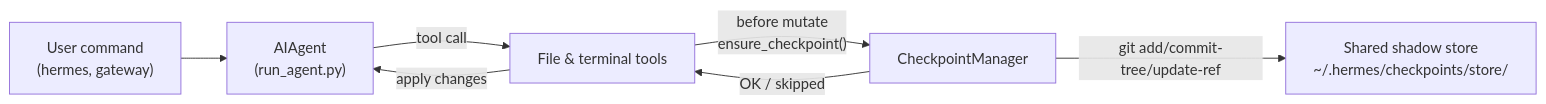
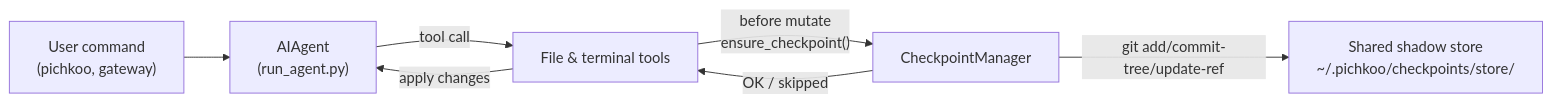
The diagram in website/docs/user-guide/checkpoints-and-rollback.md (piyushh62/Pichkoo-Ai-Agent), drawn with Mermaid before and after one commit. The commit also changed other lines of this file and 3107 other files, not shown here.

````diff
--- a/website/docs/user-guide/checkpoints-and-rollback.md
+++ b/website/docs/user-guide/checkpoints-and-rollback.md
@@ -69,15 +69,15 @@
 ```mermaid
 flowchart LR
-  user["User command\n(hermes, gateway)"]
+  user["User command\n(pichkoo, gateway)"]
   agent["AIAgent\n(run_agent.py)"]
   tools["File & terminal tools"]
   cpMgr["CheckpointManager"]
-  store["Shared shadow store\n~/.hermes/checkpoints/store/"]
+  store["Shared shadow store\n~/.pichkoo/checkpoints/store/"]
 
   user --> agent
   agent -->|"tool call"| tools
   tools -->|"before mutate\nensure_checkpoint()"| cpMgr
   cpMgr -->|"git add/commit-tree/update-ref"| store
   cpMgr -->|"OK / skipped"| tools
   tools -->|"apply changes"| agent
 ```
````
